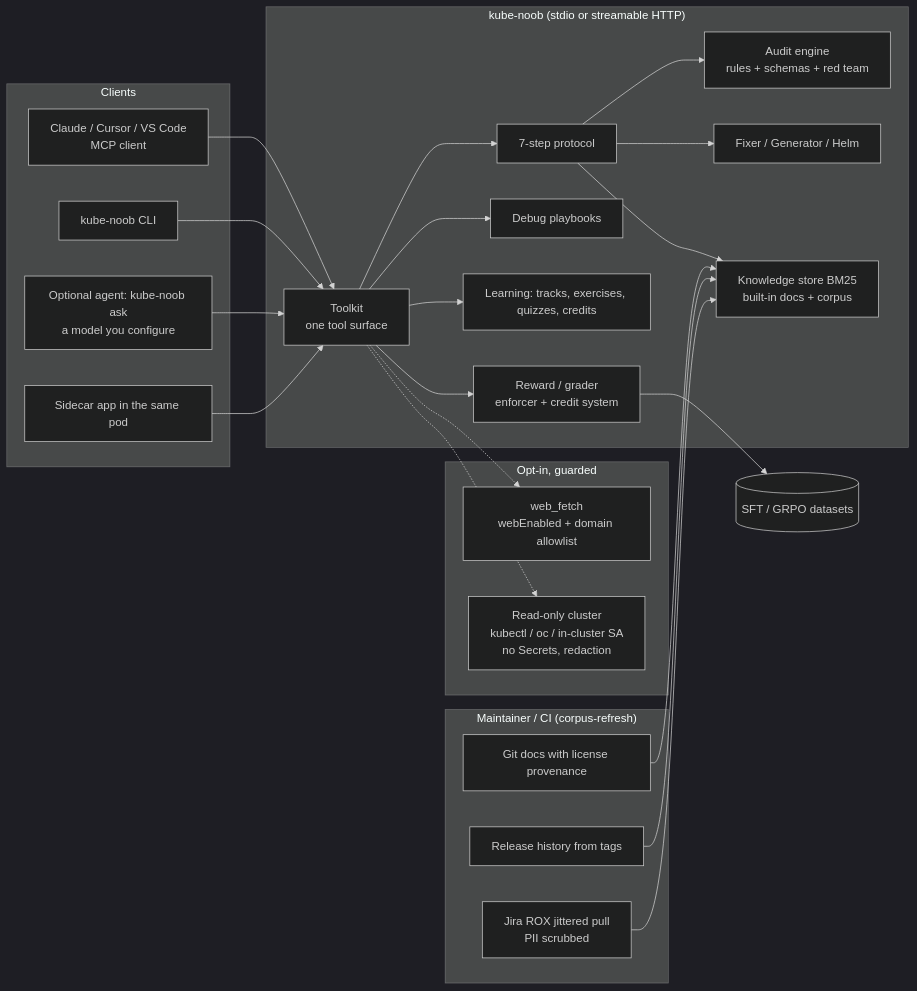
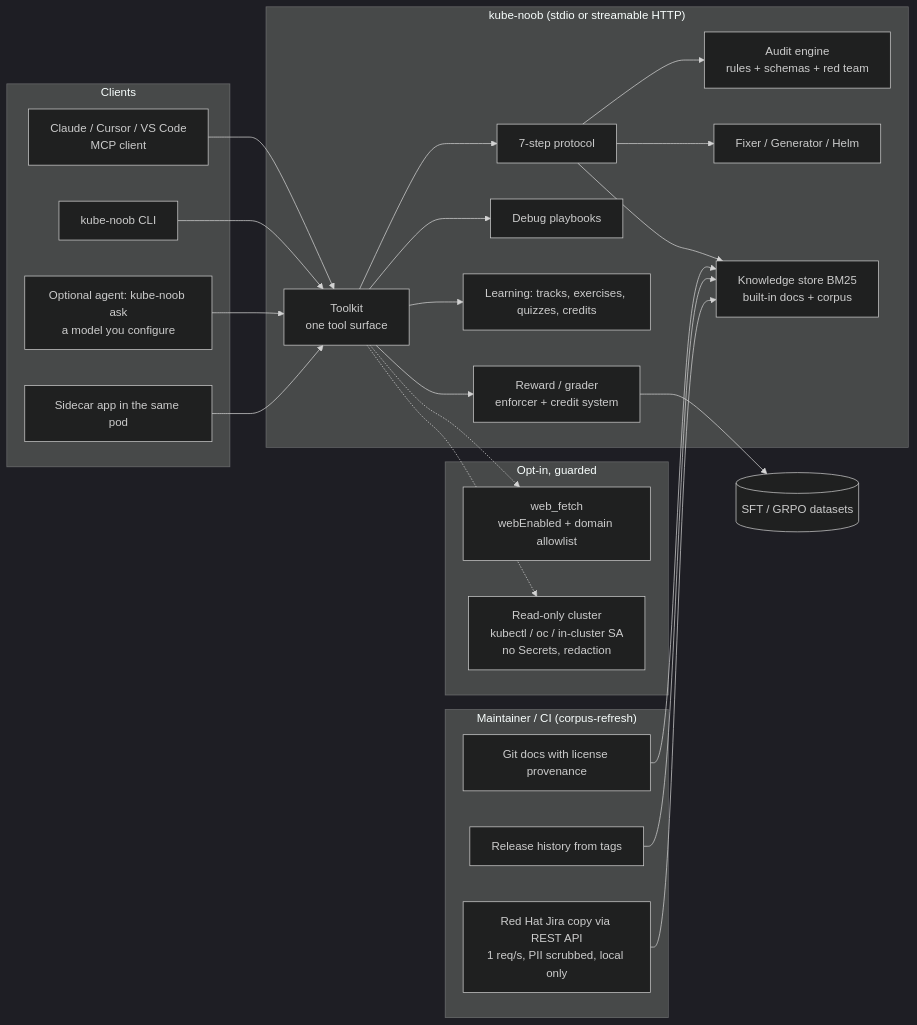
The diagram in docs/architecture.md (aashishmahajan/kube-noob), drawn with Mermaid (dark theme) before and after one commit. The commit also changed 44 other files, not shown here.

````diff
--- a/docs/architecture.md
+++ b/docs/architecture.md
@@ -7,34 +7,34 @@
 ```mermaid
 flowchart LR
   subgraph Clients
     A[Claude / Cursor / VS Code<br/>MCP client]
     B[kube-noob CLI]
     C[Optional agent: kube-noob ask<br/>a model you configure]
     D[Sidecar app in the same pod]
   end
   subgraph Server["kube-noob (stdio or streamable HTTP)"]
     T[Toolkit<br/>one tool surface]
     P[7-step protocol]
     E[Audit engine<br/>rules + schemas + red team]
     F[Fixer / Generator / Helm]
     G[Debug playbooks]
     K[Knowledge store BM25<br/>built-in docs + corpus]
     L[Learning: tracks, exercises, quizzes, credits]
     R[Reward / grader<br/>enforcer + credit system]
   end
   subgraph Optional["Opt-in, guarded"]
     W[web_fetch<br/>webEnabled + domain allowlist]
     X[Read-only cluster<br/>kubectl / oc / in-cluster SA<br/>no Secrets, redaction]
   end
   subgraph Offline["Maintainer / CI (corpus-refresh)"]
     S1[Git docs with license provenance]
     S2[Release history from tags]
-    S3[Jira ROX jittered pull<br/>PII scrubbed]
+    S3[Red Hat Jira copy via REST API<br/>1 req/s, PII scrubbed, local only]
   end
   A & B & C & D --> T
   T --> P --> E & F & K
   T --> G & L & R
   T -.-> W & X
   S1 & S2 & S3 --> K
   R --> DS[(SFT / GRPO datasets)]
 ```
````
